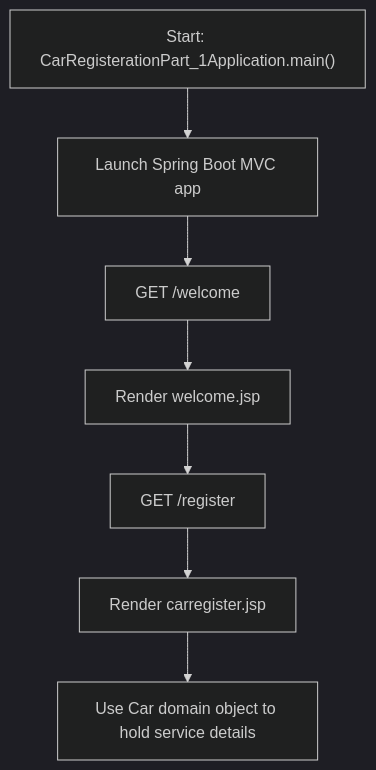
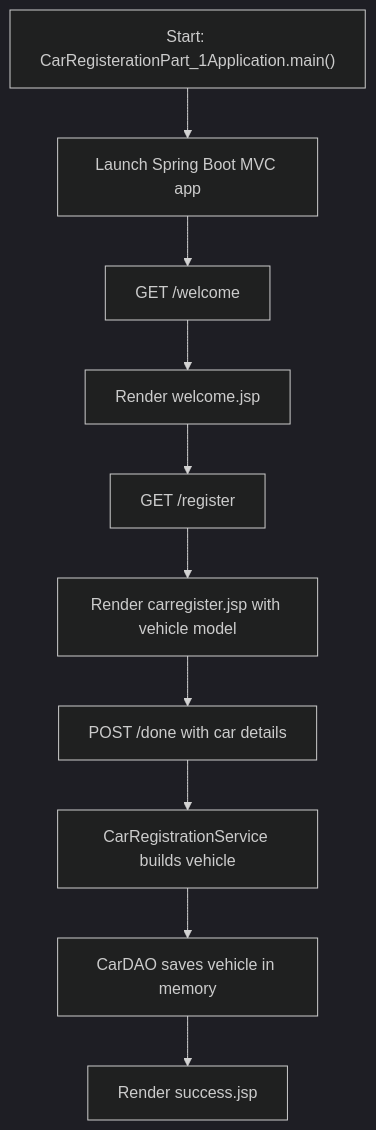
The diagram in README.md (byte2code/car-service-registration), drawn with Mermaid (dark theme) before and after one commit. The commit also changed other lines of this file and 14 other files, not shown here.

Commit message:
Add registration workflow with service layer for v2

````diff
--- a/README.md
+++ b/README.md
@@ -37,9 +41,12 @@
 ```mermaid
 flowchart TD
     A["Start: CarRegisterationPart_1Application.main()"] --> B["Launch Spring Boot MVC app"]
     B --> C["GET /welcome"]
     C --> D["Render welcome.jsp"]
     D --> E["GET /register"]
-    E --> F["Render carregister.jsp"]
-    F --> G["Use Car domain object to hold service details"]
+    E --> F["Render carregister.jsp with vehicle model"]
+    F --> G["POST /done with car details"]
+    G --> H["CarRegistrationService builds vehicle"]
+    H --> I["CarDAO saves vehicle in memory"]
+    I --> J["Render success.jsp"]
 ```
````
